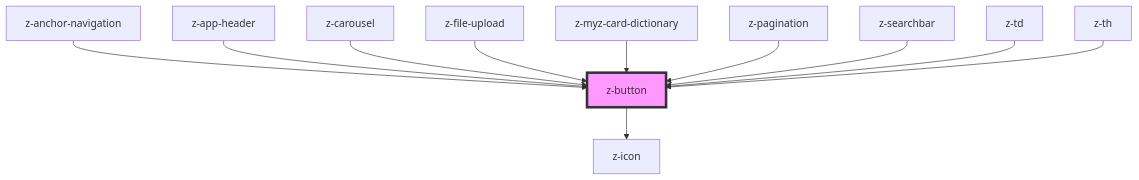
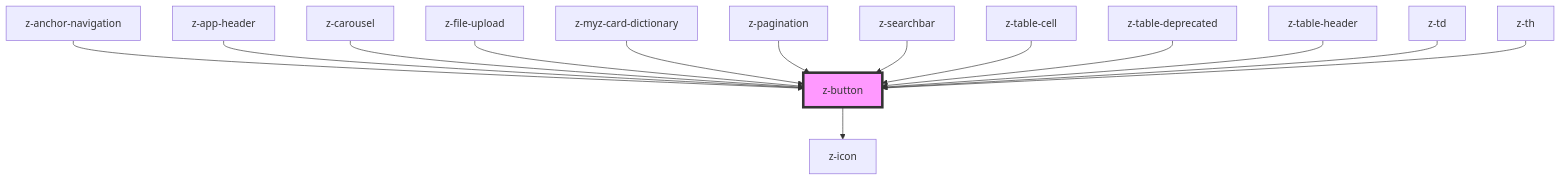
Before and after one commit to ZanichelliEditore/design-system: the diagram in src/components/buttons/z-button/readme.md, drawn with Mermaid. The commit also changed other lines of this file and 53 other files, not shown here.

````diff
--- a/src/components/buttons/z-button/readme.md
+++ b/src/components/buttons/z-button/readme.md
@@ -126,14 +129,17 @@
 ```mermaid
 graph TD;
   z-button --> z-icon
   z-anchor-navigation --> z-button
   z-app-header --> z-button
   z-carousel --> z-button
   z-file-upload --> z-button
   z-myz-card-dictionary --> z-button
   z-pagination --> z-button
   z-searchbar --> z-button
+  z-table-cell --> z-button
+  z-table-deprecated --> z-button
+  z-table-header --> z-button
   z-td --> z-button
   z-th --> z-button
   style z-button fill:#f9f,stroke:#333,stroke-width:4px
 ```
````
